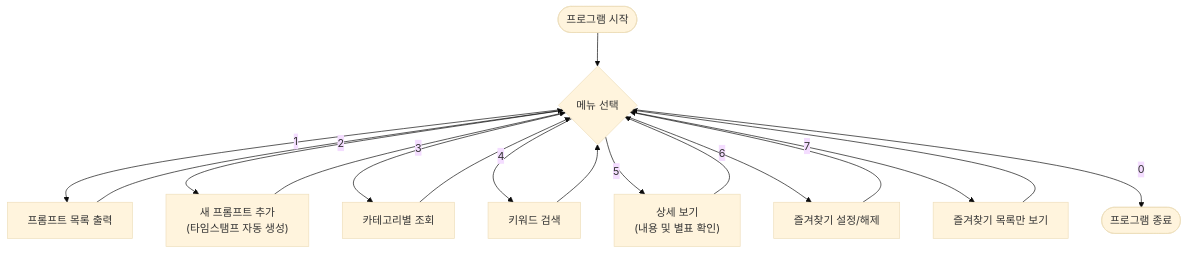
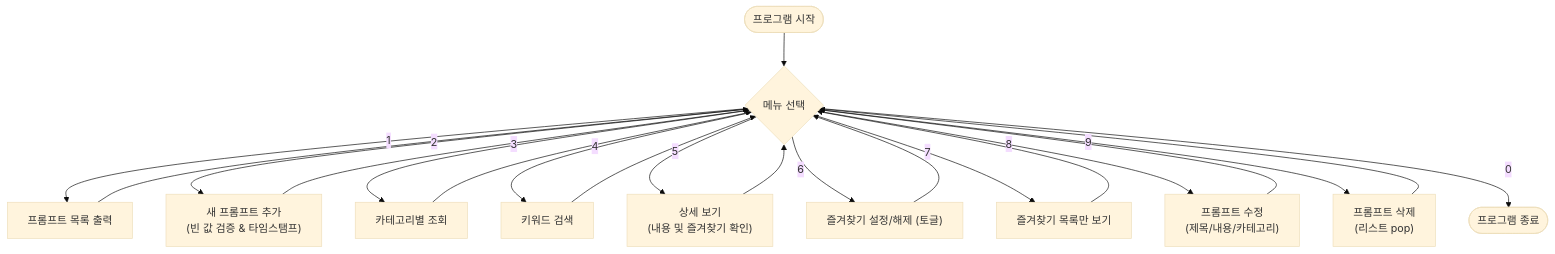
One commit to mustiolla/prompt_manager changed the diagram in README.md. Above: the diagram before and after it, drawn with Mermaid (base theme). The commit also changed other lines of this file and 2 other files, not shown here.

````diff
--- a/README.md
+++ b/README.md
@@ -52,21 +56,25 @@
 ```mermaid
 graph TD
   Start([프로그램 시작]) --> MainMenu{메뉴 선택}
 
   MainMenu -- "1" --> ShowList["프롬프트 목록 출력"]
-  MainMenu -- "2" --> AddPrompt["새 프롬프트 추가<br/>(타임스탬프 자동 생성)"]
+  MainMenu -- "2" --> AddPrompt["새 프롬프트 추가<br/>(빈 값 검증 & 타임스탬프)"]
   MainMenu -- "3" --> CategoryView["카테고리별 조회"]
   MainMenu -- "4" --> SearchPrompt["키워드 검색"]
-  MainMenu -- "5" --> ShowDetail["상세 보기<br/>(내용 및 별표 확인)"]
-  MainMenu -- "6" --> ToggleFav["즐겨찾기 설정/해제"]
+  MainMenu -- "5" --> ShowDetail["상세 보기<br/>(내용 및 즐겨찾기 확인)"]
+  MainMenu -- "6" --> ToggleFav["즐겨찾기 설정/해제 (토글)"]
   MainMenu -- "7" --> ShowFavs["즐겨찾기 목록만 보기"]
+  MainMenu -- "8" --> ModifyPrompt["프롬프트 수정<br/>(제목/내용/카테고리)"]
+  MainMenu -- "9" --> DeletePrompt["프롬프트 삭제<br/>(리스트 pop)"]
   MainMenu -- "0" --> Exit([프로그램 종료])
 
   ShowList --> MainMenu
   AddPrompt --> MainMenu
   CategoryView --> MainMenu
   SearchPrompt --> MainMenu
   ShowDetail --> MainMenu
   ToggleFav --> MainMenu
   ShowFavs --> MainMenu
+  ModifyPrompt --> MainMenu
+  DeletePrompt --> MainMenu
 ```
````
